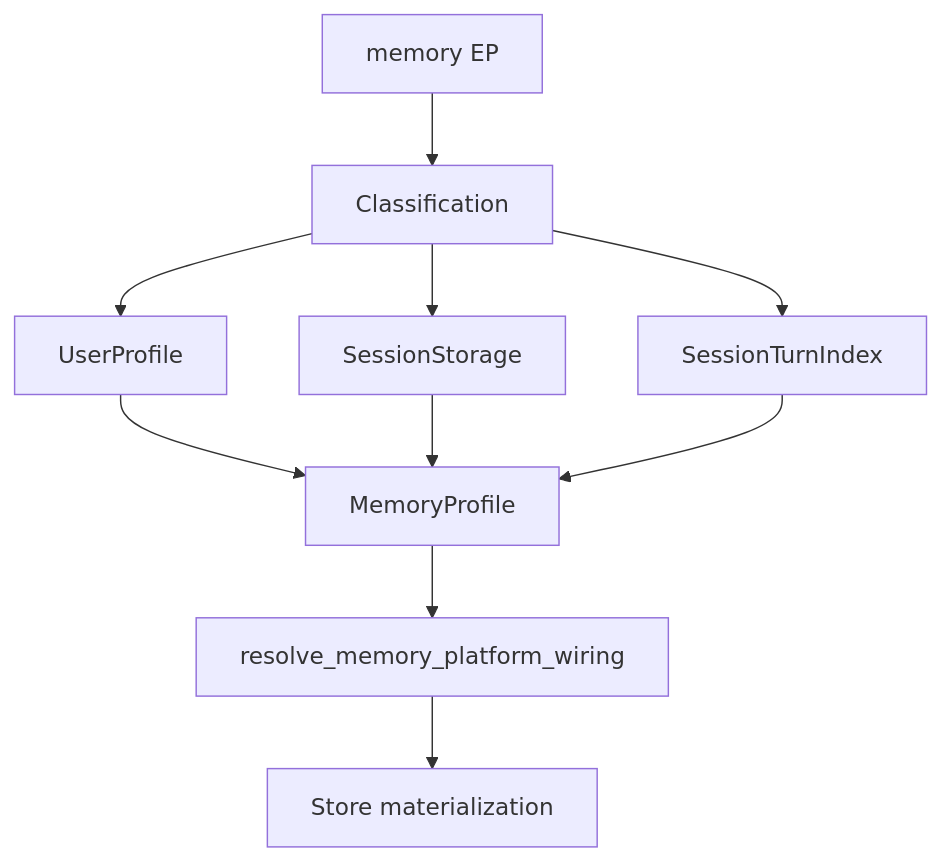
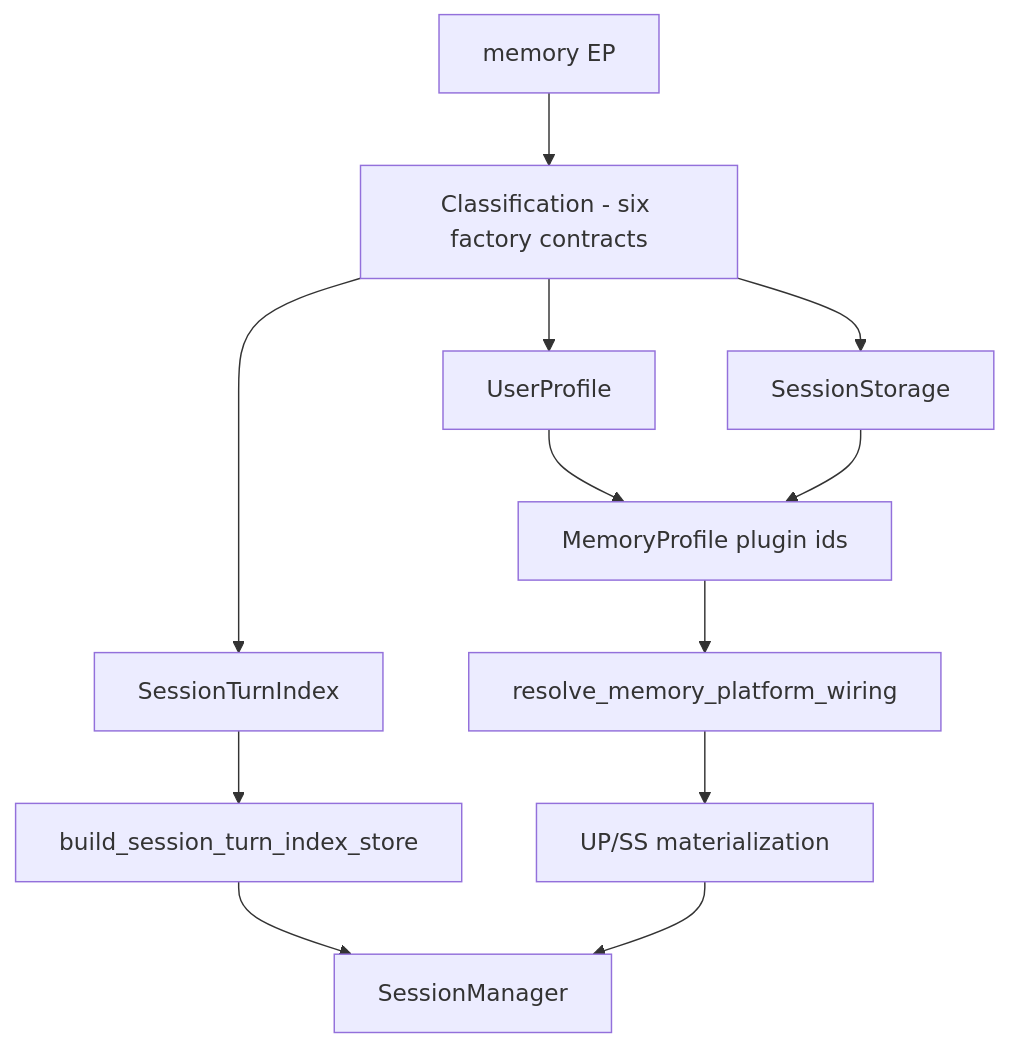
Before and after one commit to jakbuczarnecki/intergrax: the diagram in docs/project/technical/guides/MEMORY_STORE_PLUGIN_AUTHOR_GUIDE.md, drawn with Mermaid. The commit also changed other lines of this file, not shown here.

Commit message:
docs(memory): clarify plugin runtime surface semantics

````diff
--- a/docs/project/technical/guides/MEMORY_STORE_PLUGIN_AUTHOR_GUIDE.md
+++ b/docs/project/technical/guides/MEMORY_STORE_PLUGIN_AUTHOR_GUIDE.md
@@ -323,12 +323,14 @@
 ```mermaid
 flowchart TB
-  EP[memory EP] --> CL[Classification]
+  EP[memory EP] --> CL[Classification - six factory contracts]
   CL --> UP[UserProfile]
   CL --> SS[SessionStorage]
   CL --> STI[SessionTurnIndex]
-  UP --> MP[MemoryProfile]
+  UP --> MP[MemoryProfile plugin ids]
   SS --> MP
-  STI --> MP
   MP --> RW[resolve_memory_platform_wiring]
-  RW --> MS[Store materialization]
+  RW --> MS[UP/SS materialization]
+  STI --> STIW[build_session_turn_index_store]
+  STIW --> SM[SessionManager]
+  MS --> SM
 ```
````
